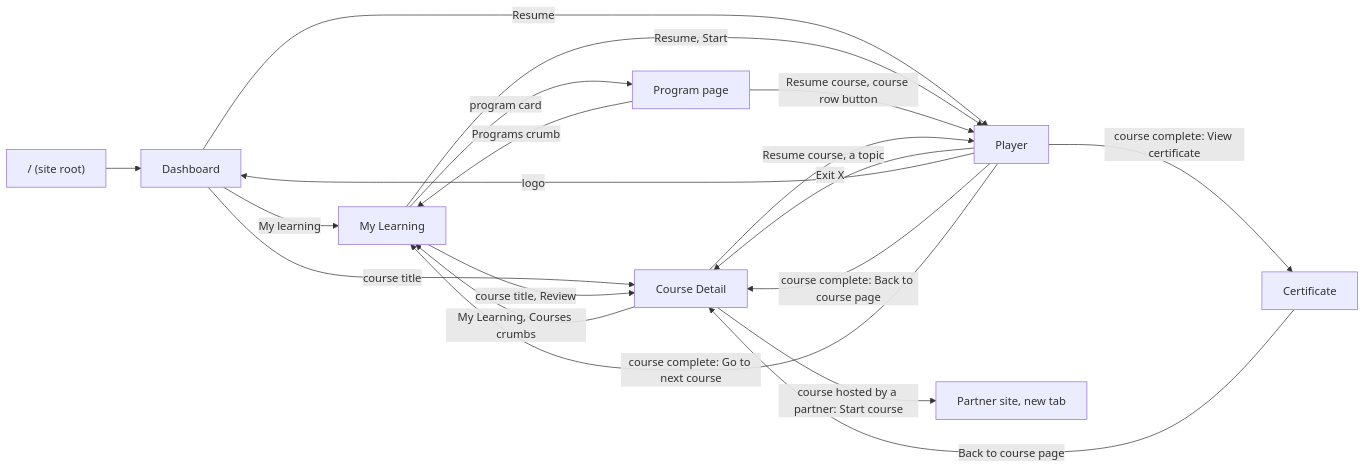
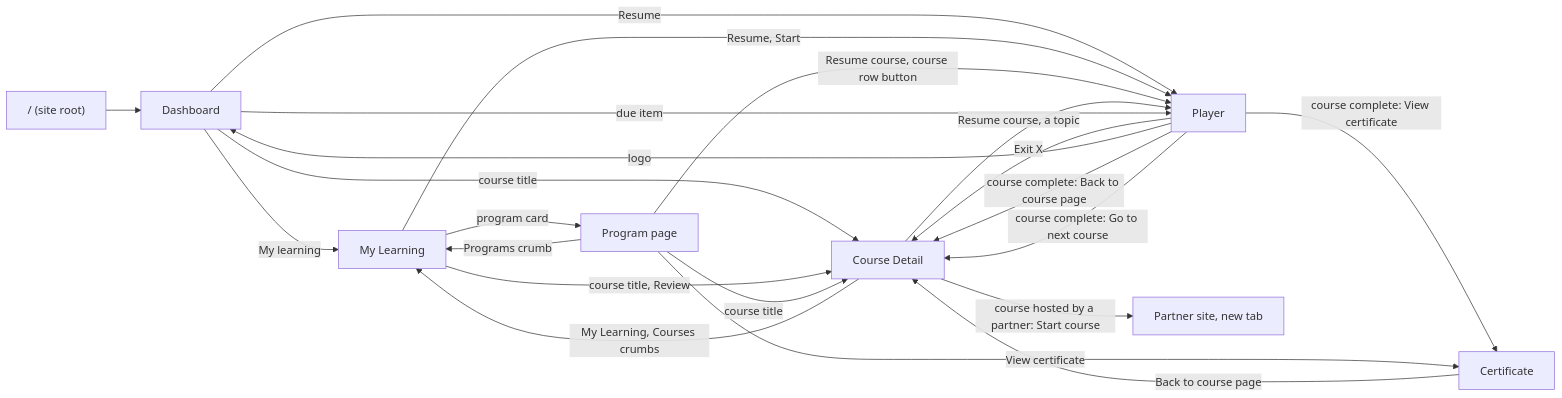
One commit to nvjeronimo/skillup-lms-prd changed the diagram in LMS-HANDOFF/platform-navigation-flow.md. Above: the diagram before and after it, drawn with Mermaid. The commit also changed other lines of this file and 1 other file, not shown here.

Commit message:
docs(handoff): navigation flow, second pass: the six decisions of 9 Oct and what is still open

````diff
--- a/LMS-HANDOFF/platform-navigation-flow.md
+++ b/LMS-HANDOFF/platform-navigation-flow.md
@@ -22,21 +22,24 @@
 ```mermaid
 flowchart LR
   ROOT["/ (site root)"] --> DASH[Dashboard]
   DASH -->|My learning| ML[My Learning]
   DASH -->|course title| CD[Course Detail]
   DASH -->|Resume| PL[Player]
   ML -->|course title, Review| CD
   ML -->|Resume, Start| PL
   ML -->|program card| PG[Program page]
   PG -->|Programs crumb| ML
   PG -->|Resume course, course row button| PL
   CD -->|Resume course, a topic| PL
   CD -->|My Learning, Courses crumbs| ML
   PL -->|Exit X| CD
   PL -->|logo| DASH
   PL -->|course complete: View certificate| CERT[Certificate]
   PL -->|course complete: Back to course page| CD
-  PL -->|course complete: Go to next course| ML
+  PL -->|course complete: Go to next course| CD
+  PG -->|course title| CD
+  PG -->|View certificate| CERT
+  DASH -->|due item| PL
   CERT -->|Back to course page| CD
   CD -->|course hosted by a partner: Start course| EXT[Partner site, new tab]
 ```
````
